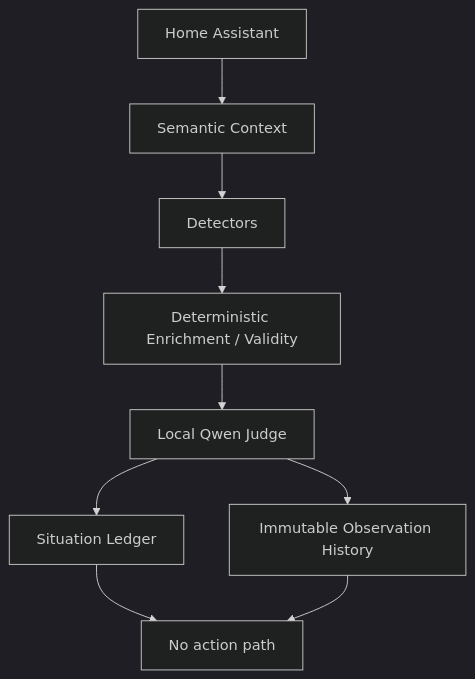
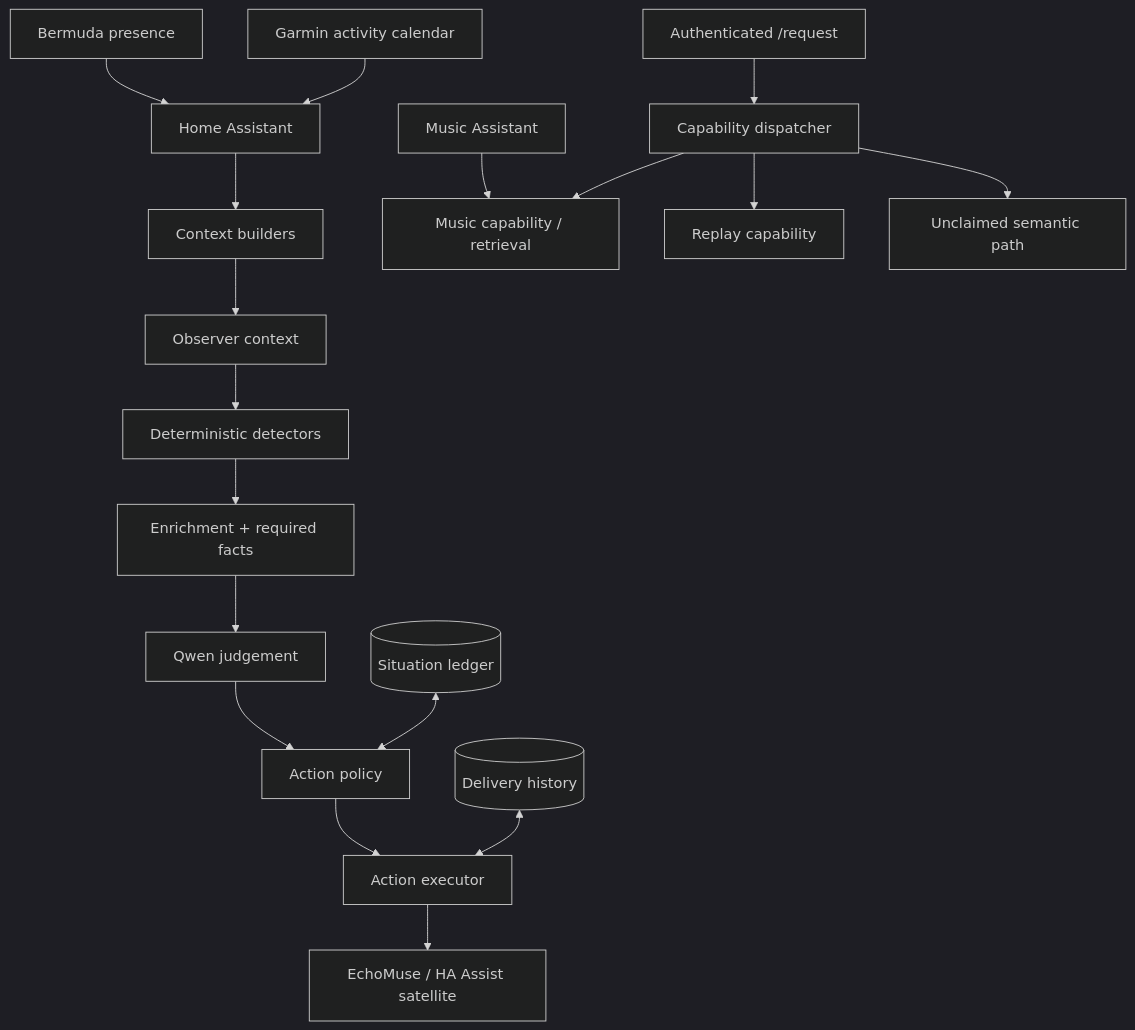
Before and after one commit to steverhysjenks/jarvis-core-observer: the diagram in README.md, drawn with Mermaid (dark theme). The commit also changed other lines of this file and 89 other files, not shown here.

````diff
--- a/README.md
+++ b/README.md
@@ -35,11 +83,23 @@
 ```mermaid
 flowchart TD
-    HA[Home Assistant] --> C[Semantic Context]
-    C --> D[Detectors]
-    D --> E[Deterministic Enrichment / Validity]
-    E --> J[Local Qwen Judge]
-    J --> L[Situation Ledger]
-    J --> O[Immutable Observation History]
-    L --> X[No action path]
-    O --> X
+    HA[Home Assistant] --> C[Context builders]
+    B[Bermuda presence] --> HA
+    G[Garmin activity calendar] --> HA
+    MA[Music Assistant] --> MC[Music capability / retrieval]
+
+    C --> O[Observer context]
+    O --> D[Deterministic detectors]
+    D --> E[Enrichment + required facts]
+    E --> J[Qwen judgement]
+    J --> P[Action policy]
+    P --> X[Action executor]
+    X --> V[EchoMuse / HA Assist satellite]
+
+    L[(Situation ledger)] <--> P
+    DH[(Delivery history)] <--> X
+
+    R[Authenticated /request] --> CD[Capability dispatcher]
+    CD --> RC[Replay capability]
+    CD --> MC
+    CD --> S[Unclaimed semantic path]
 ```
````
